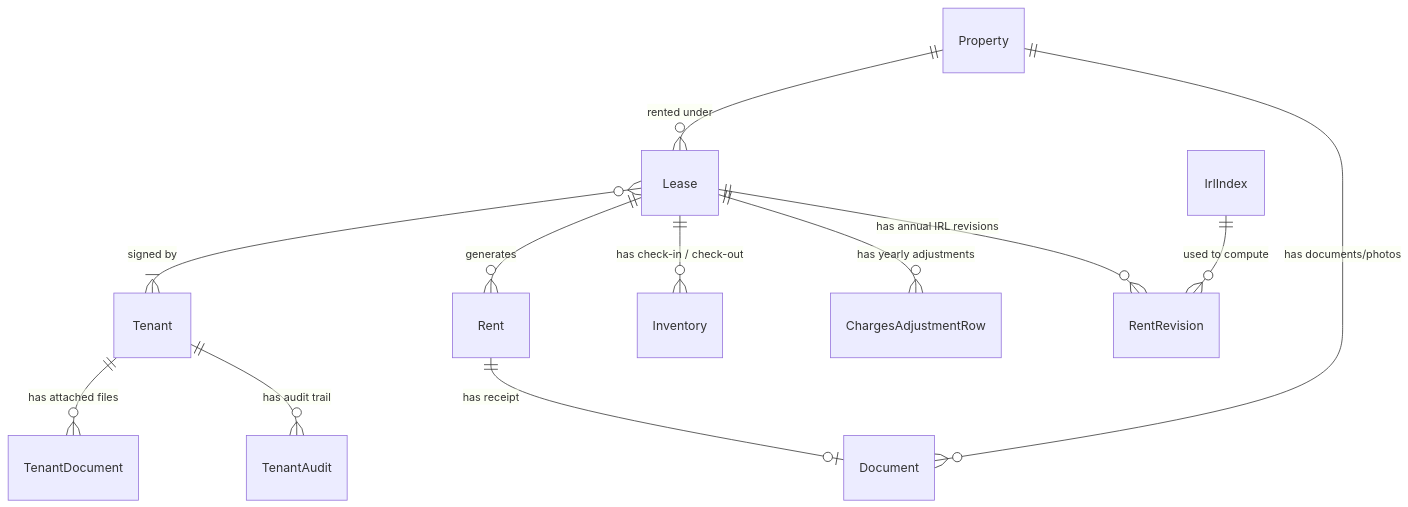
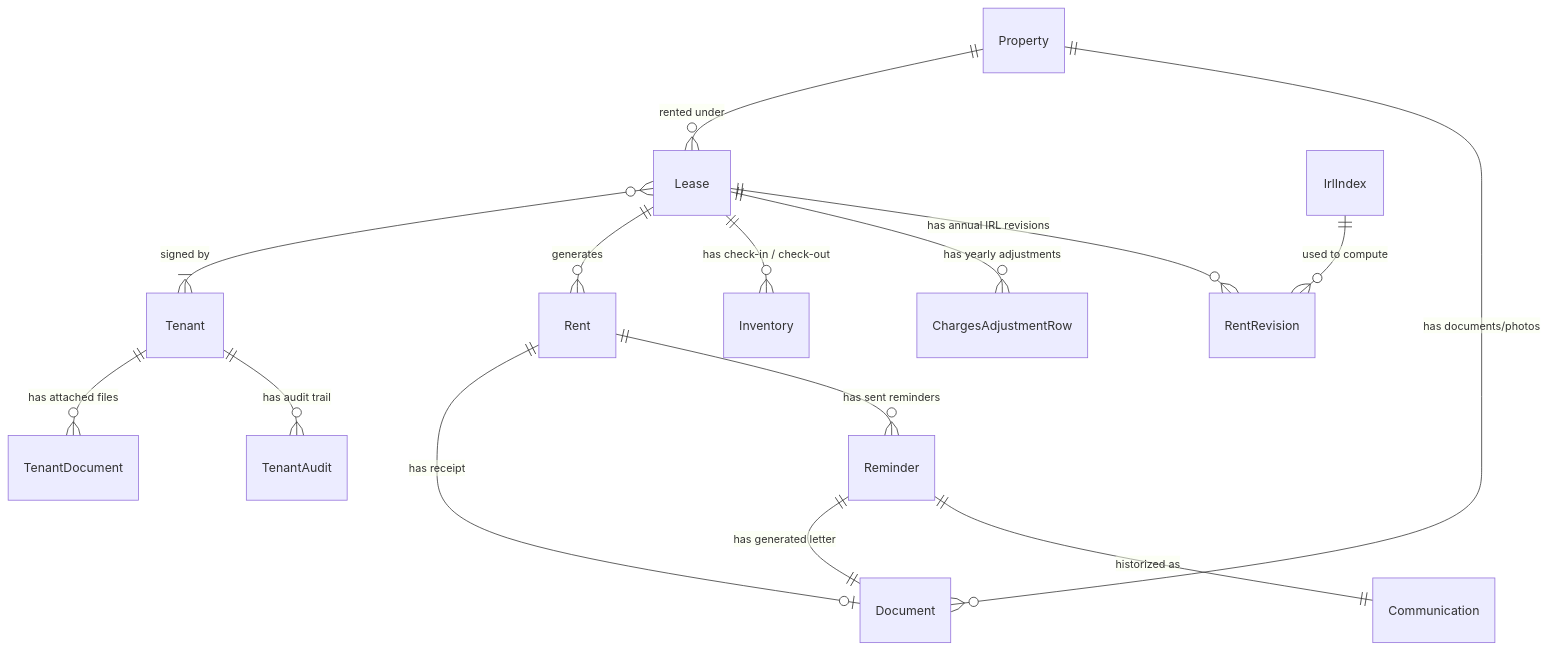
Before and after one commit to stalina/locapilot: the first of 2 diagrams in specs/_index.md, drawn with Mermaid. The commit also changed other lines of this file and 27 other files, not shown here.

First line of the commit message:
feat(reminders): add automated rent-arrears follow-up letters (issue #40)

````diff
--- a/specs/_index.md
+++ b/specs/_index.md
@@ -23,14 +24,17 @@
 ```mermaid
 erDiagram
     Property ||--o{ Lease : "rented under"
     Lease }o--|{ Tenant : "signed by"
     Lease ||--o{ Rent : "generates"
     Lease ||--o{ Inventory : "has check-in / check-out"
     Lease ||--o{ ChargesAdjustmentRow : "has yearly adjustments"
     Lease ||--o{ RentRevision : "has annual IRL revisions"
     IrlIndex ||--o{ RentRevision : "used to compute"
     Property ||--o{ Document : "has documents/photos"
     Tenant ||--o{ TenantDocument : "has attached files"
     Tenant ||--o{ TenantAudit : "has audit trail"
     Rent ||--o| Document : "has receipt"
+    Rent ||--o{ Reminder : "has sent reminders"
+    Reminder ||--|| Document : "has generated letter"
+    Reminder ||--|| Communication : "historized as"
 ```
````
